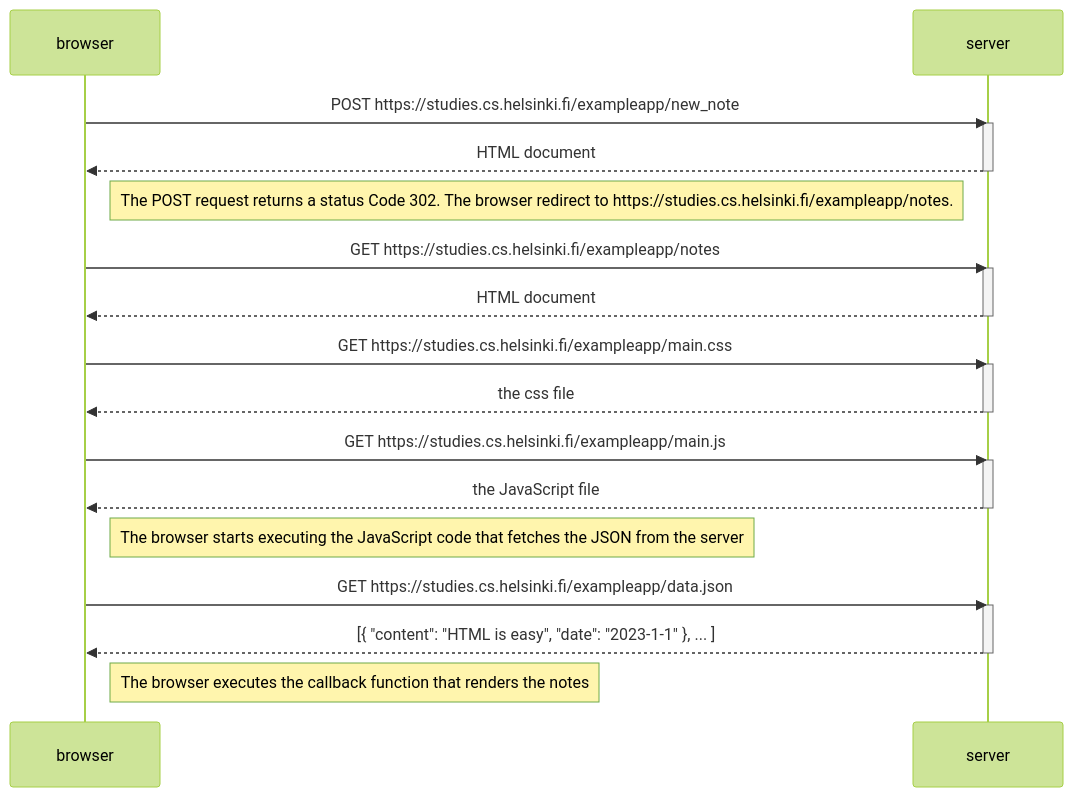
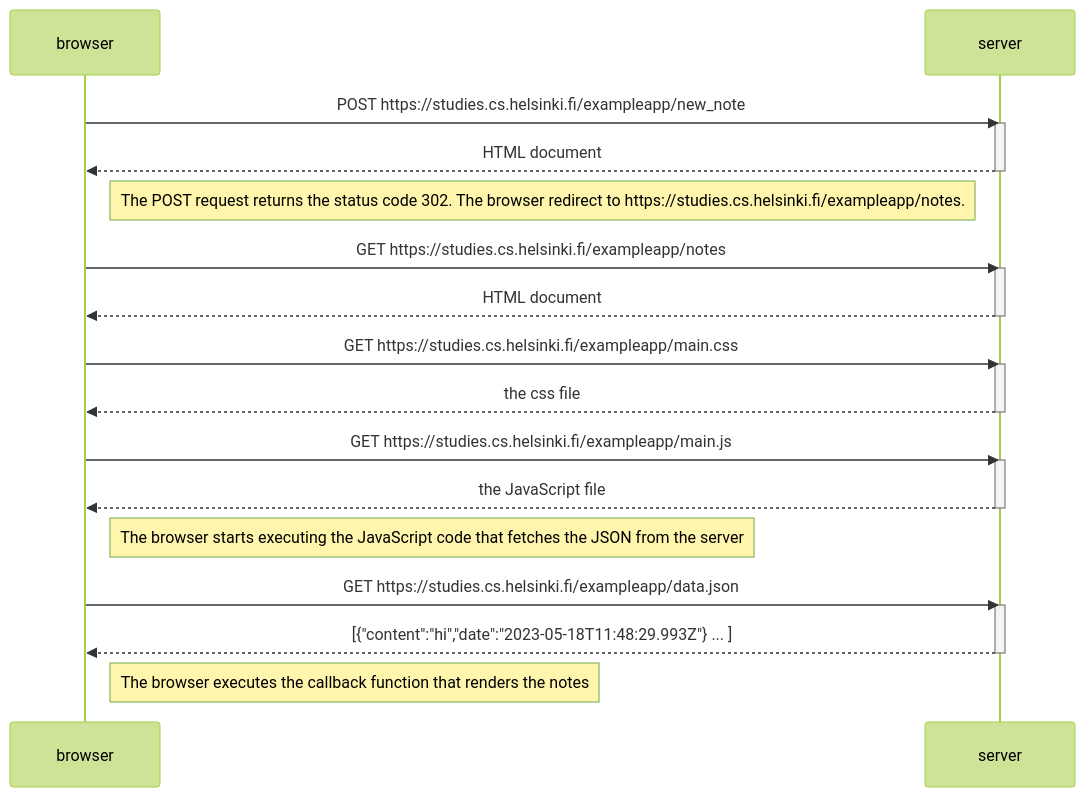
Before and after one commit to AkseliManninen/Full-Stack-Open: the diagram in 0sa-0/0.4.md, drawn with Mermaid (forest theme).

````diff
--- a/0sa-0/0.4.md
+++ b/0sa-0/0.4.md
@@ -1,37 +1,37 @@
 ```mermaid
 sequenceDiagram
     participant browser
     participant server
     
     browser->>server: POST https://studies.cs.helsinki.fi/exampleapp/new_note
     activate server
     server-->>browser: HTML document
     deactivate server
     
-    Note right of browser: The POST request returns a status Code 302. The browser redirect to https://studies.cs.helsinki.fi/exampleapp/notes.
+    Note right of browser: The POST request returns the status code 302. The browser redirect to https://studies.cs.helsinki.fi/exampleapp/notes.
     
     browser->>server: GET https://studies.cs.helsinki.fi/exampleapp/notes
     activate server
     server-->>browser: HTML document
     deactivate server
     
     browser->>server: GET https://studies.cs.helsinki.fi/exampleapp/main.css
     activate server
     server-->>browser: the css file
     deactivate server
     
     browser->>server: GET https://studies.cs.helsinki.fi/exampleapp/main.js
     activate server
     server-->>browser: the JavaScript file
     deactivate server
     
     Note right of browser: The browser starts executing the JavaScript code that fetches the JSON from the server
     
     browser->>server: GET https://studies.cs.helsinki.fi/exampleapp/data.json
     activate server
-    server-->>browser: [{ "content": "HTML is easy", "date": "2023-1-1" }, ... ]
+    server-->>browser: [{"content":"hi","date":"2023-05-18T11:48:29.993Z"} ... ]
     deactivate server    
 
     Note right of browser: The browser executes the callback function that renders the notes 
 
  ```
````
